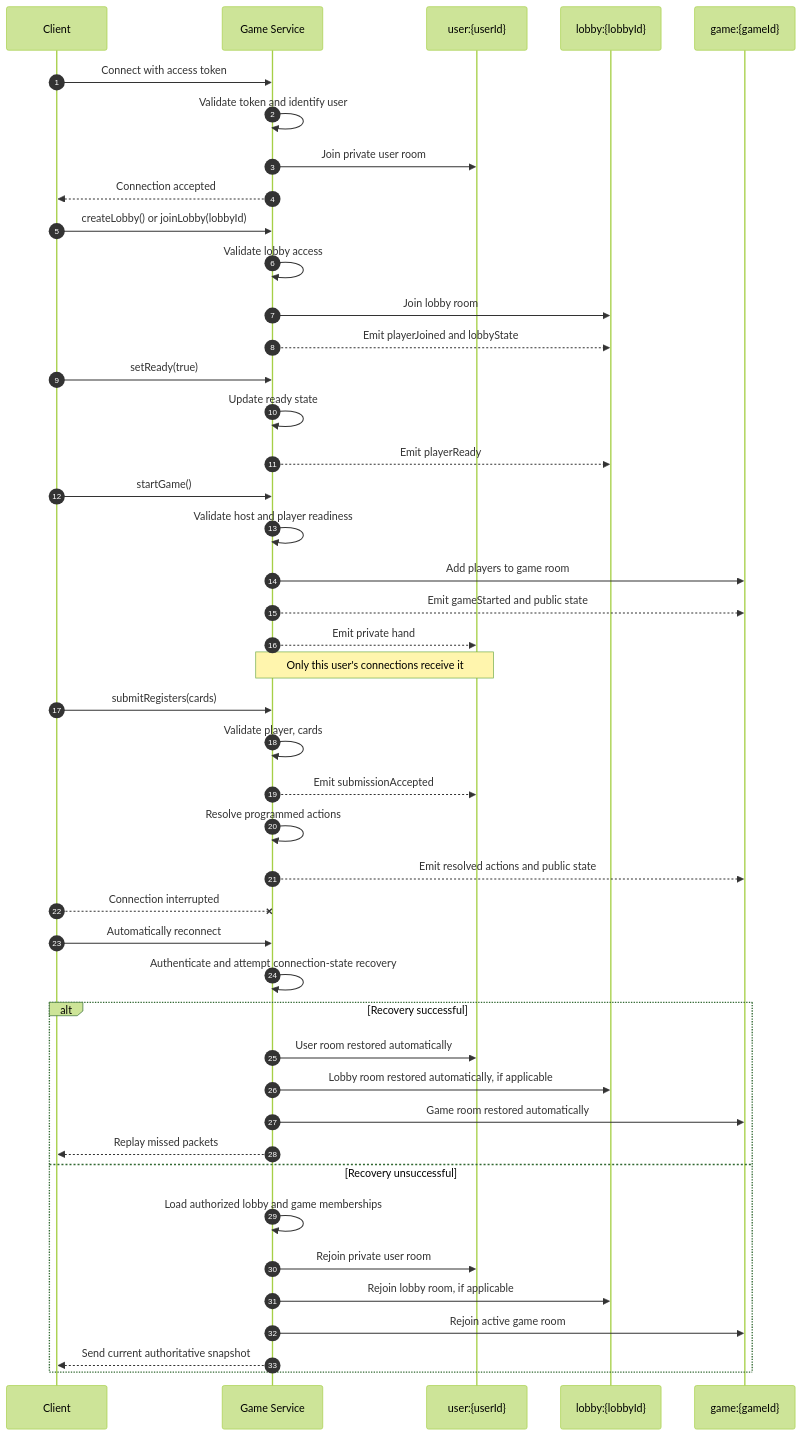
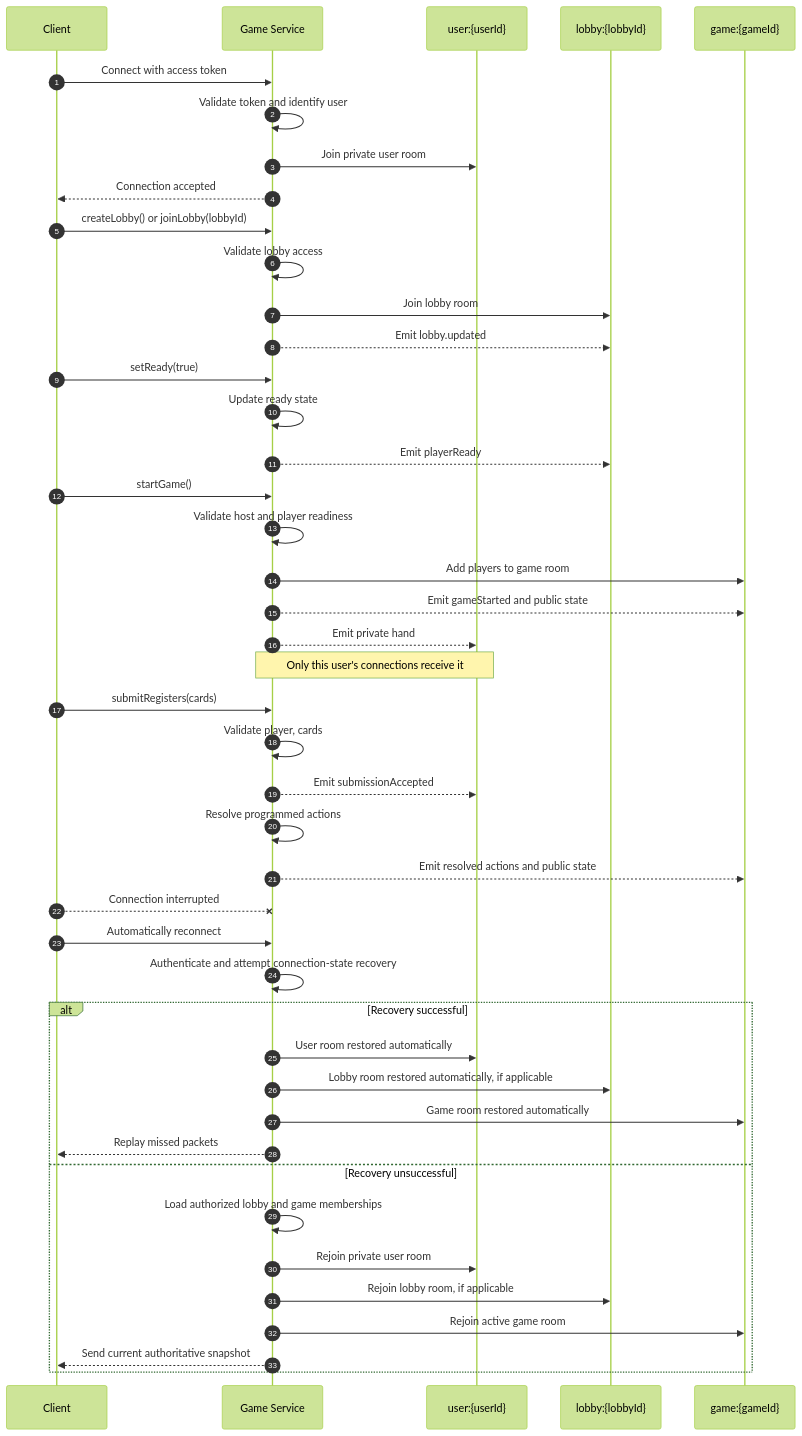
One commit to hananinas/RoboRally changed the fourth of 4 diagrams in docs/architecture.md. Above: the diagram before and after it, drawn with Mermaid (forest theme). The commit also changed other lines of this file and 9 other files, not shown here.

Commit message:
refactor(events): remove the unused game player joined event

````diff
--- a/docs/architecture.md
+++ b/docs/architecture.md
@@ -207,57 +207,57 @@
 ```mermaid
 
 sequenceDiagram
     autonumber
     participant C as Client
     participant S as Game Service
     participant U as user:{userId}
     participant L as lobby:{lobbyId}
     participant G as game:{gameId}
 
     C->>S: Connect with access token
     S->>S: Validate token and identify user
     S->>U: Join private user room
     S-->>C: Connection accepted
 
     C->>S: createLobby() or joinLobby(lobbyId)
     S->>S: Validate lobby access
     S->>L: Join lobby room
-    S-->>L: Emit playerJoined and lobbyState
+    S-->>L: Emit lobby.updated
 
     C->>S: setReady(true)
     S->>S: Update ready state
     S-->>L: Emit playerReady
 
     C->>S: startGame()
     S->>S: Validate host and player readiness
     S->>G: Add players to game room
     S-->>G: Emit gameStarted and public state
 
     S-->>U: Emit private hand
     Note over S,U: Only this user's connections receive it
 
     C->>S: submitRegisters(cards)
     S->>S: Validate player, cards
     S-->>U: Emit submissionAccepted
 
     S->>S: Resolve programmed actions
     S-->>G: Emit resolved actions and public state
 
     C--xS: Connection interrupted
     C->>S: Automatically reconnect
     S->>S: Authenticate and attempt connection-state recovery
 
     alt Recovery successful
         S->>U: User room restored automatically
         S->>L: Lobby room restored automatically, if applicable
         S->>G: Game room restored automatically
         S-->>C: Replay missed packets
     else Recovery unsuccessful
         S->>S: Load authorized lobby and game memberships
         S->>U: Rejoin private user room
         S->>L: Rejoin lobby room, if applicable
         S->>G: Rejoin active game room
         S-->>C: Send current authoritative snapshot
     end
 
 ```
````
